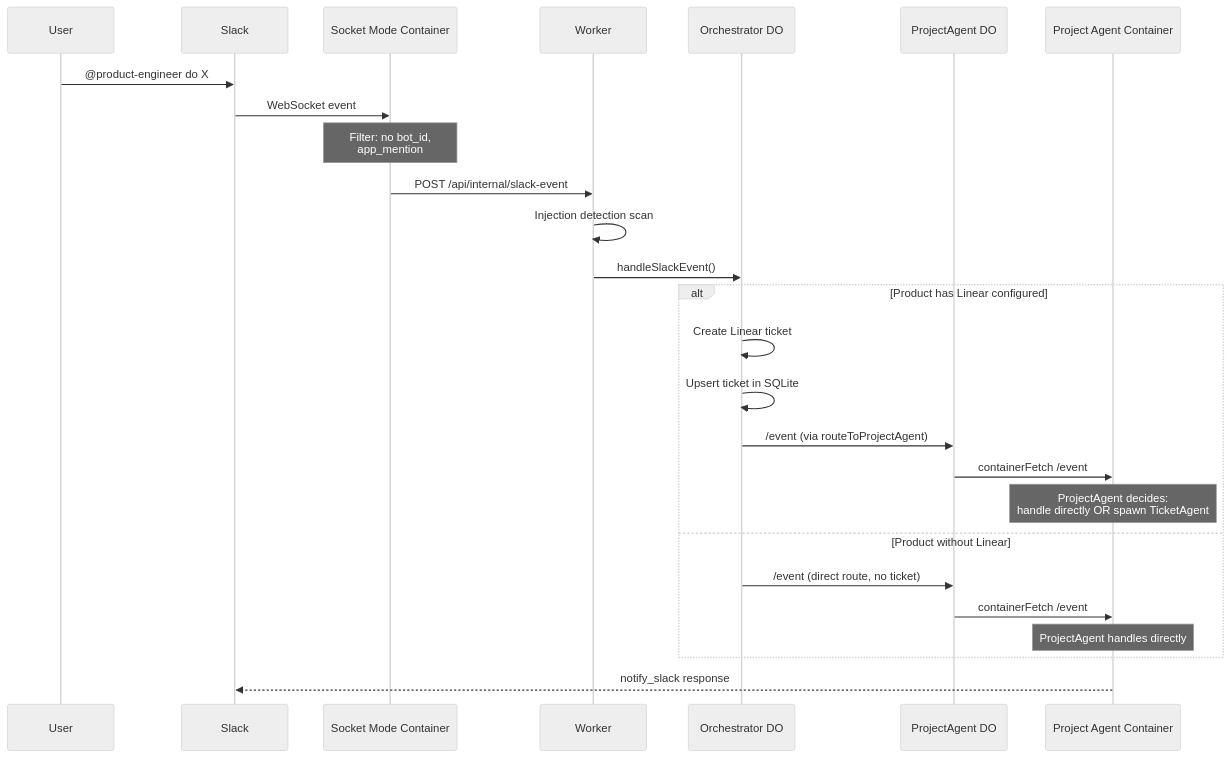
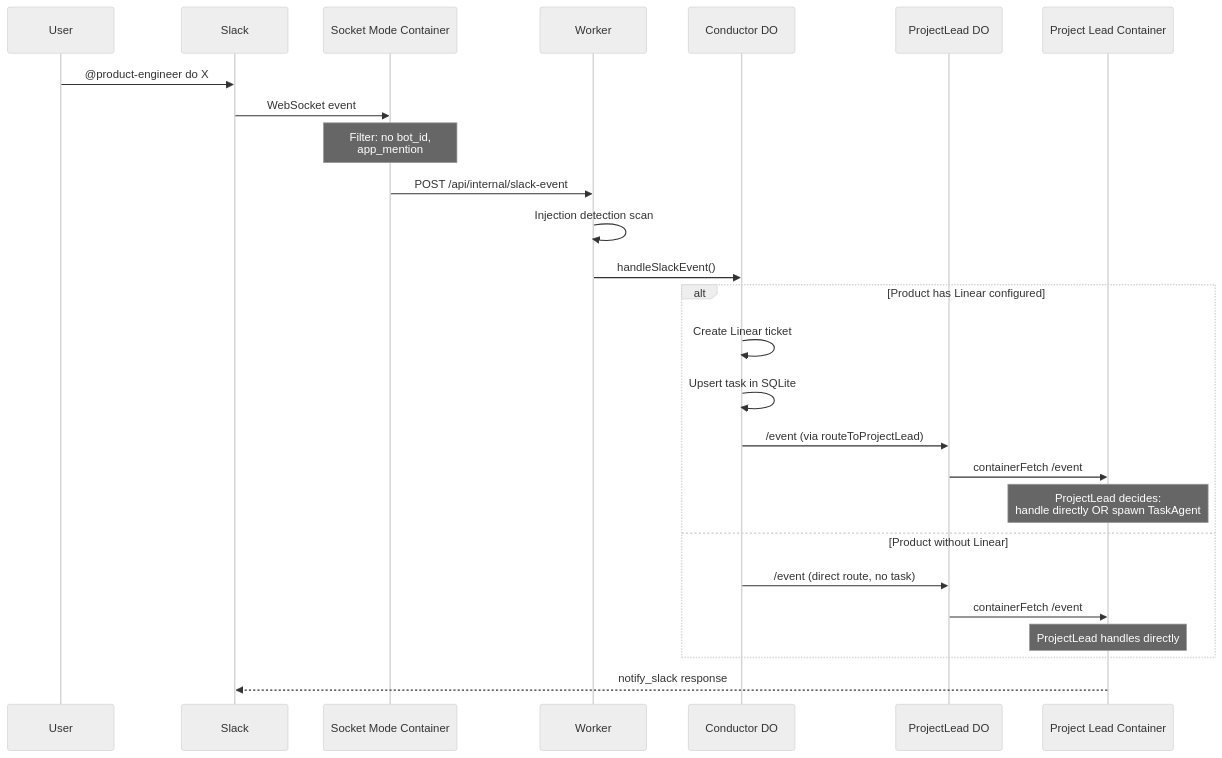
Before and after one commit to fryanpan/product-engineer: the fifth of 8 diagrams in docs/architecture/architecture.md, drawn with Mermaid (neutral theme). The commit also changed other lines of this file and 34 other files, not shown here.

First line of the commit message:
docs: update all documentation for task/conductor terminology

````diff
--- a/docs/architecture/architecture.md
+++ b/docs/architecture/architecture.md
@@ -341,33 +341,33 @@
 ```mermaid
 sequenceDiagram
     participant User
     participant Slack
     participant SM as Socket Mode Container
     participant W as Worker
-    participant O as Orchestrator DO
-    participant PA as ProjectAgent DO
-    participant PAC as Project Agent Container
+    participant O as Conductor DO
+    participant PA as ProjectLead DO
+    participant PAC as Project Lead Container
 
     User->>Slack: @product-engineer do X
     Slack->>SM: WebSocket event
 
     Note over SM: Filter: no bot_id,<br/>app_mention
 
     SM->>W: POST /api/internal/slack-event
     W->>W: Injection detection scan
     W->>O: handleSlackEvent()
 
     alt Product has Linear configured
         O->>O: Create Linear ticket
-        O->>O: Upsert ticket in SQLite
-        O->>PA: /event (via routeToProjectAgent)
+        O->>O: Upsert task in SQLite
+        O->>PA: /event (via routeToProjectLead)
         PA->>PAC: containerFetch /event
-        Note over PAC: ProjectAgent decides:<br/>handle directly OR spawn TicketAgent
+        Note over PAC: ProjectLead decides:<br/>handle directly OR spawn TaskAgent
     else Product without Linear
-        O->>PA: /event (direct route, no ticket)
+        O->>PA: /event (direct route, no task)
         PA->>PAC: containerFetch /event
-        Note over PAC: ProjectAgent handles directly
+        Note over PAC: ProjectLead handles directly
     end
 
     PAC-->>Slack: notify_slack response
 ```
````
